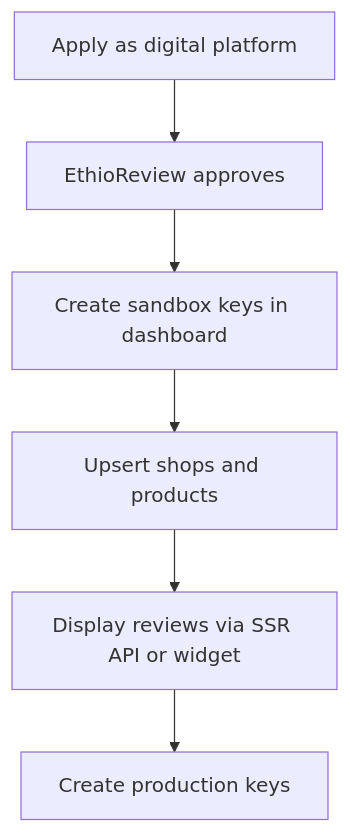
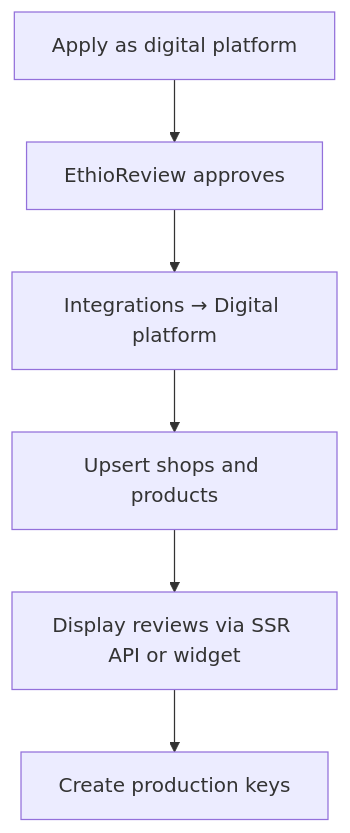
One commit to ethioreview/docs changed the diagram in integrations/digital-platform/overview.mdx. Above: the diagram before and after it, drawn with Mermaid. The commit also changed other lines of this file and 37 other files, not shown here.

First line of the commit message:
docs: restructure guides for API keys, sandbox, and dashboard widget flows

````diff
--- a/integrations/digital-platform/overview.mdx
+++ b/integrations/digital-platform/overview.mdx
@@ -20,8 +24,8 @@
 ```mermaid
 flowchart TD
   Apply[Apply as digital platform] --> Approve[EthioReview approves]
-  Approve --> Sandbox[Create sandbox keys in dashboard]
+  Approve --> Sandbox[Integrations → Digital platform]
   Sandbox --> Upsert[Upsert shops and products]
   Upsert --> Display[Display reviews via SSR API or widget]
   Display --> Live[Create production keys]
 ```
````
